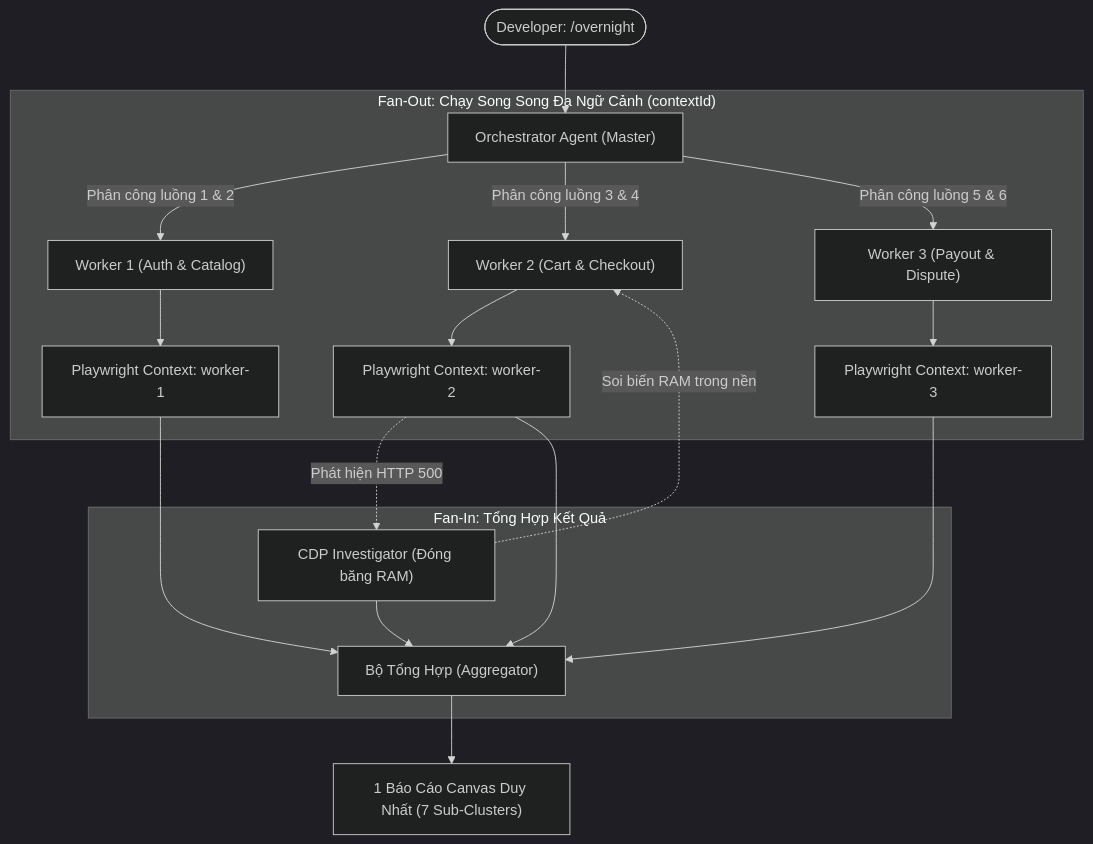
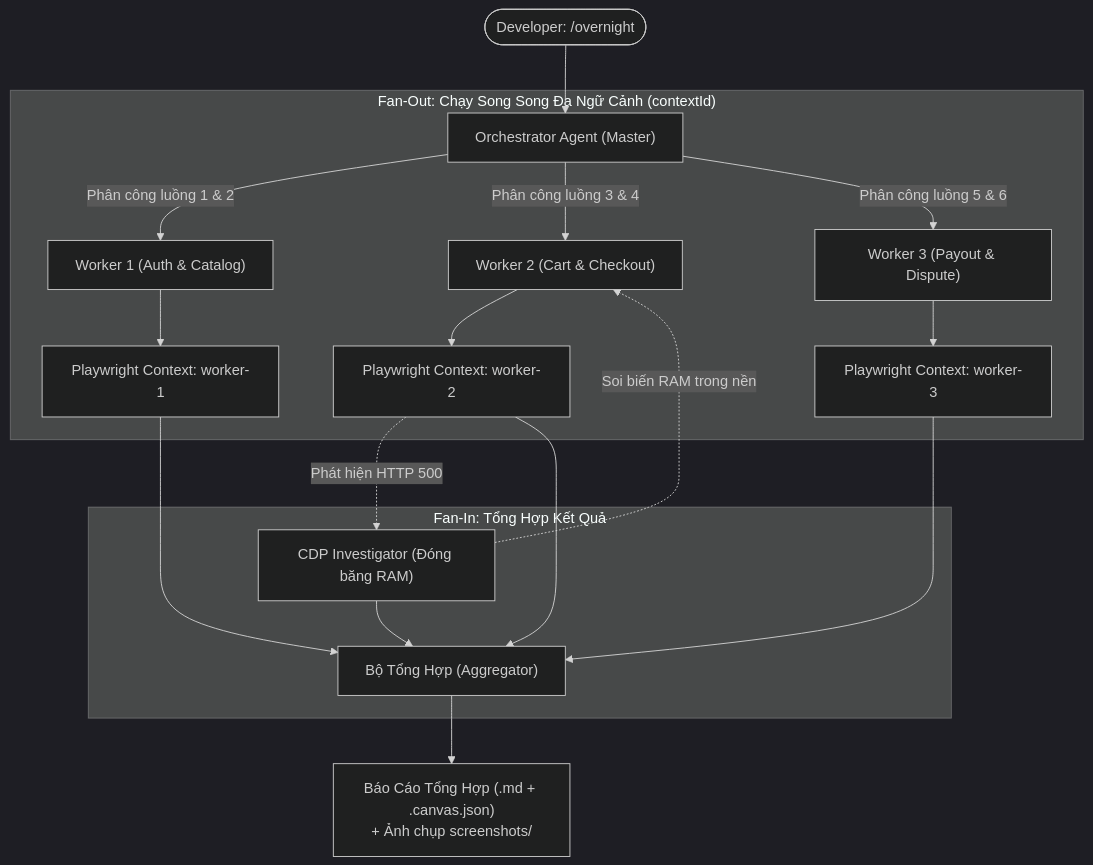
Before and after one commit to justpassingByte/agentic-test-ops: the third of 3 diagrams in README.md, drawn with Mermaid (dark theme). The commit also changed other lines of this file and 8 other files, not shown here.

````diff
--- a/README.md
+++ b/README.md
@@ -151,26 +209,26 @@
 ```mermaid
 flowchart TD
     DEV(["Developer: /overnight"]) --> ORCH["Orchestrator Agent (Master)"]
-    
+
     subgraph FanOut ["Fan-Out: Chạy Song Song Đa Ngữ Cảnh (contextId)"]
         ORCH -->|"Phân công luồng 1 & 2"| W1["Worker 1 (Auth & Catalog)"]
         ORCH -->|"Phân công luồng 3 & 4"| W2["Worker 2 (Cart & Checkout)"]
         ORCH -->|"Phân công luồng 5 & 6"| W3["Worker 3 (Payout & Dispute)"]
 
         W1 --> CTX1["Playwright Context: worker-1"]
         W2 --> CTX2["Playwright Context: worker-2"]
         W3 --> CTX3["Playwright Context: worker-3"]
     end
 
     CTX2 -.->|"Phát hiện HTTP 500"| ASYNC_CDP["CDP Investigator (Đóng băng RAM)"]
     ASYNC_CDP -.->|"Soi biến RAM trong nền"| W2
 
     subgraph FanIn ["Fan-In: Tổng Hợp Kết Quả"]
         CTX1 --> AGG["Bộ Tổng Hợp (Aggregator)"]
         CTX2 --> AGG
         CTX3 --> AGG
         ASYNC_CDP --> AGG
     end
 
-    AGG --> CANVAS["1 Báo Cáo Canvas Duy Nhất (7 Sub-Clusters)"]
+    AGG --> REPORT["Báo Cáo Tổng Hợp (.md + .canvas.json)\n+ Ảnh chụp screenshots/"]
 ```
````
